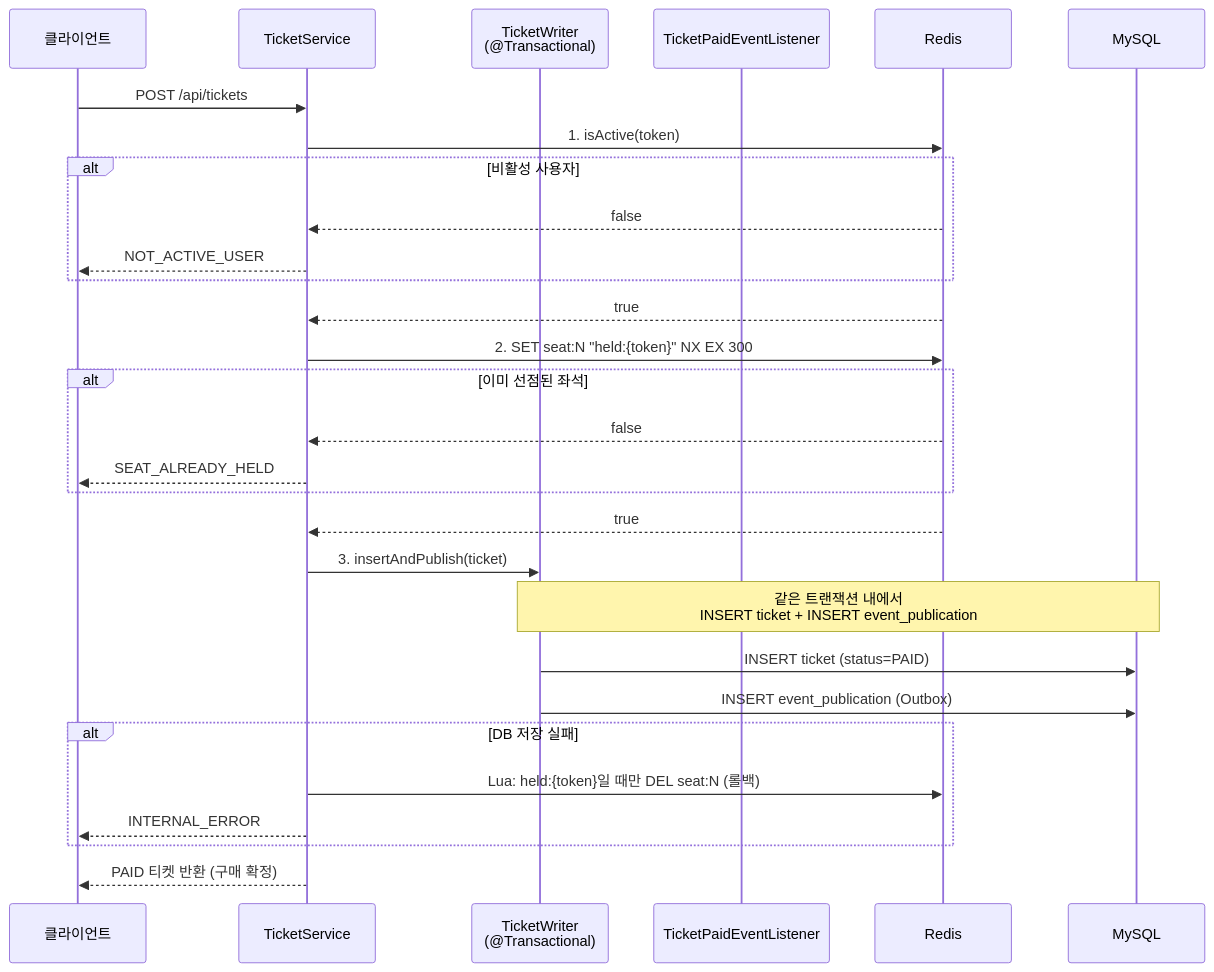
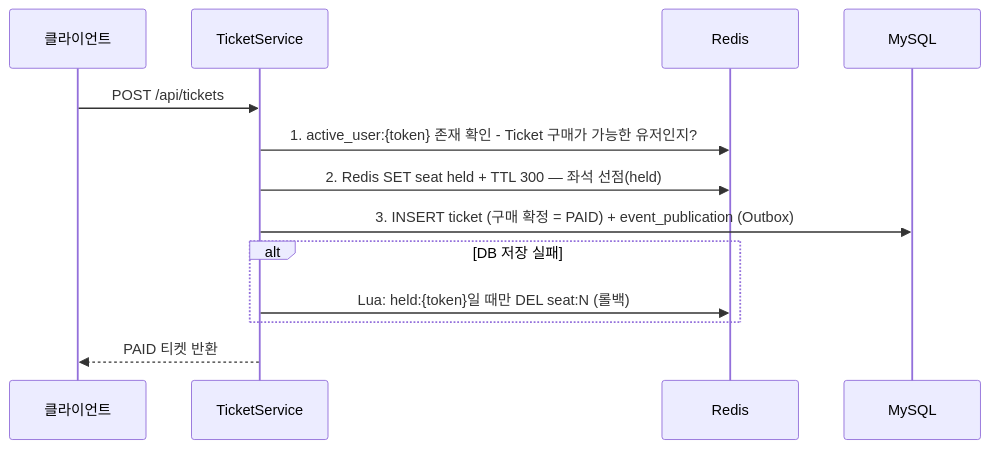
One commit to irnd04/zticket changed the fifth of 8 diagrams in README.md. Above: the diagram before and after it, drawn with Mermaid. The commit also changed other lines of this file, not shown here.

Commit message:
docs: 다이어그램 간소화

````diff
--- a/README.md
+++ b/README.md
@@ -196,36 +143,16 @@
 ```mermaid
 sequenceDiagram
     participant C as 클라이언트
     participant T as TicketService
-    participant W as TicketWriter<br/>(@Transactional)
-    participant L as TicketPaidEventListener
     participant R as Redis
     participant DB as MySQL
 
     C->>T: POST /api/tickets
-
-    T->>R: 1. isActive(token)
-    alt 비활성 사용자
-        R-->>T: false
-        T-->>C: NOT_ACTIVE_USER
-    end
-    R-->>T: true
-
-    T->>R: 2. SET seat:N "held:{token}" NX EX 300
-    alt 이미 선점된 좌석
-        R-->>T: false
-        T-->>C: SEAT_ALREADY_HELD
-    end
-    R-->>T: true
-
-    T->>W: 3. insertAndPublish(ticket)
-    Note over W,DB: 같은 트랜잭션 내에서<br/>INSERT ticket + INSERT event_publication
-    W->>DB: INSERT ticket (status=PAID)
-    W->>DB: INSERT event_publication (Outbox)
+    T->>R: 1. active_user:{token} 존재 확인 - Ticket 구매가 가능한 유저인지?
+    T->>R: 2. Redis SET seat held + TTL 300 — 좌석 선점(held)
+    T->>DB: 3. INSERT ticket (구매 확정 = PAID) + event_publication (Outbox)
     alt DB 저장 실패
         T->>R: Lua: held:{token}일 때만 DEL seat:N (롤백)
-        T-->>C: INTERNAL_ERROR
     end
-
-    T-->>C: PAID 티켓 반환 (구매 확정)
+    T-->>C: PAID 티켓 반환
 ```
````
